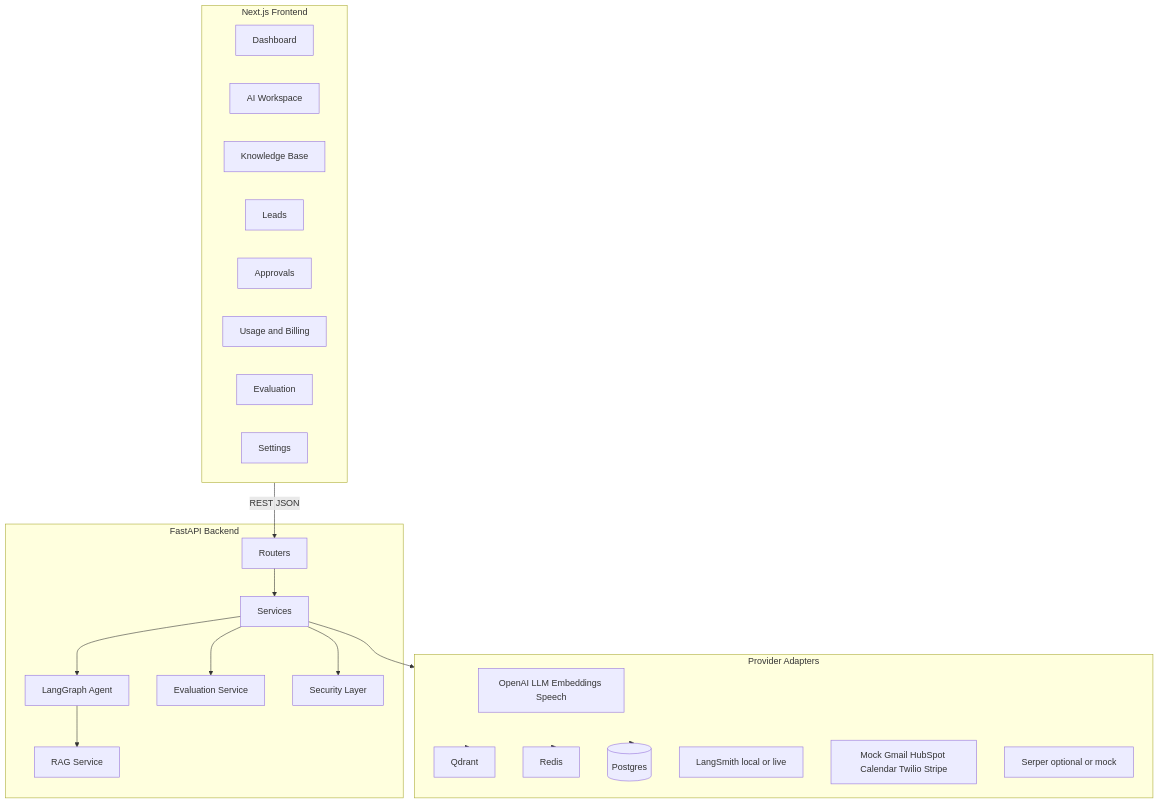
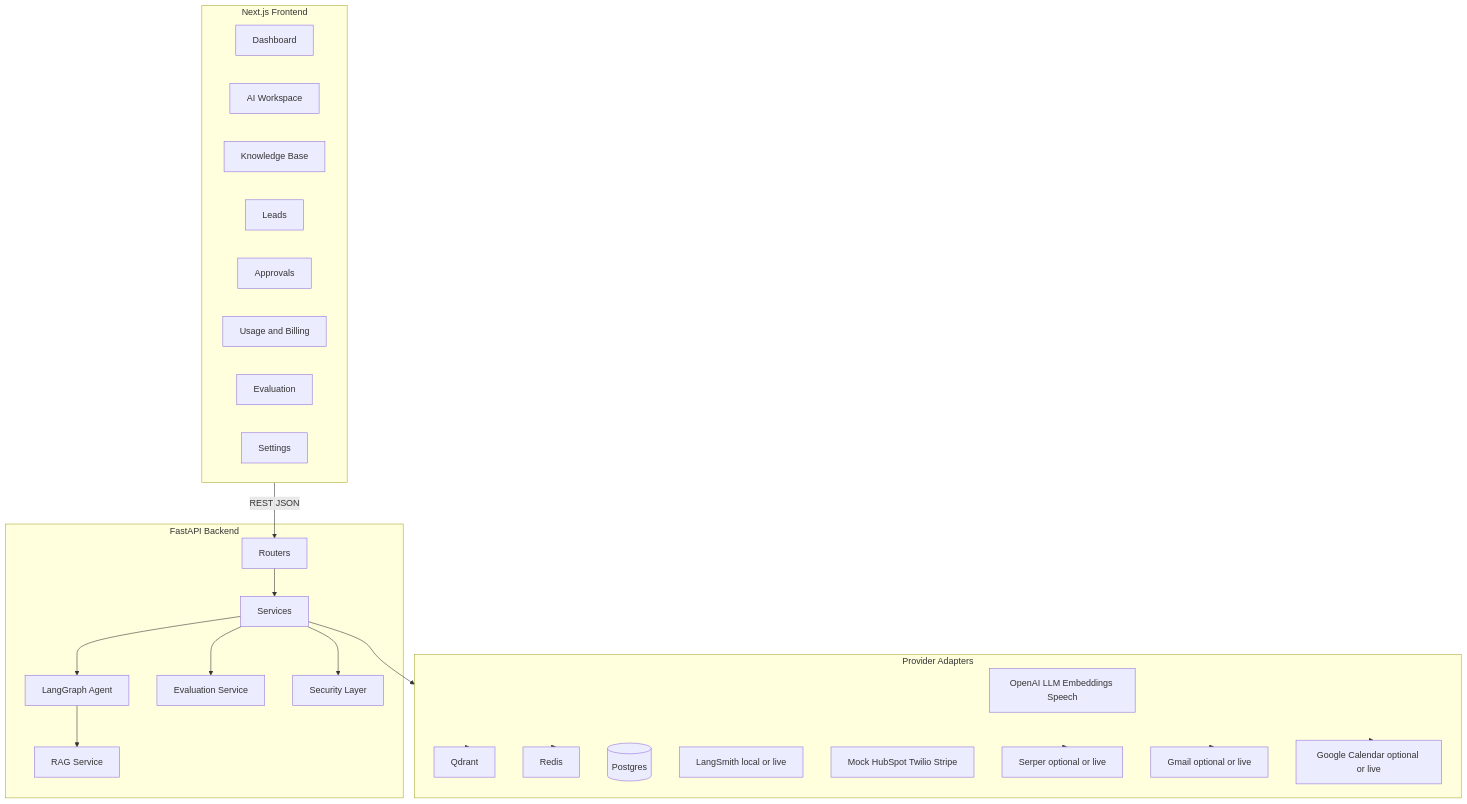
The diagram in README.md (Fejjii/OnePilot-AI), drawn with Mermaid before and after one commit. The commit also changed other lines of this file and 100 other files, not shown here.

````diff
--- a/README.md
+++ b/README.md
@@ -133,43 +147,47 @@
 ```mermaid
 flowchart TB
     subgraph Frontend ["Next.js Frontend"]
         Dashboard[Dashboard]
         Workspace[AI Workspace]
         Knowledge[Knowledge Base]
         Leads[Leads]
         Approvals[Approvals]
         Usage[Usage and Billing]
         Evaluation[Evaluation]
         Settings[Settings]
     end
 
     subgraph Backend ["FastAPI Backend"]
         Routers[Routers]
         Services[Services]
         Agent[LangGraph Agent]
         RAG[RAG Service]
         EvalSvc[Evaluation Service]
         Security[Security Layer]
     end
 
     subgraph Providers ["Provider Adapters"]
         OpenAI[OpenAI LLM Embeddings Speech]
         Qdrant[Qdrant]
         Redis[Redis]
         Postgres[(Postgres)]
         LangSmith[LangSmith local or live]
-        Mocks[Mock Gmail HubSpot Calendar Twilio Stripe]
-        Serper[Serper optional or mock]
+        Mocks[Mock HubSpot Twilio Stripe]
+        Serper[Serper optional or live]
+        Gmail[Gmail optional or live]
+        GCal[Google Calendar optional or live]
     end
 
     Frontend -->|REST JSON| Routers
     Routers --> Services
     Services --> Agent
     Agent --> RAG
     Services --> EvalSvc
     Services --> Security
     Services --> Providers
-    Providers --> Postgres
+    Providers --> Serper
+    Providers --> Gmail
+    Providers --> GCal
     Providers --> Qdrant
     Providers --> Redis
 ```
````
